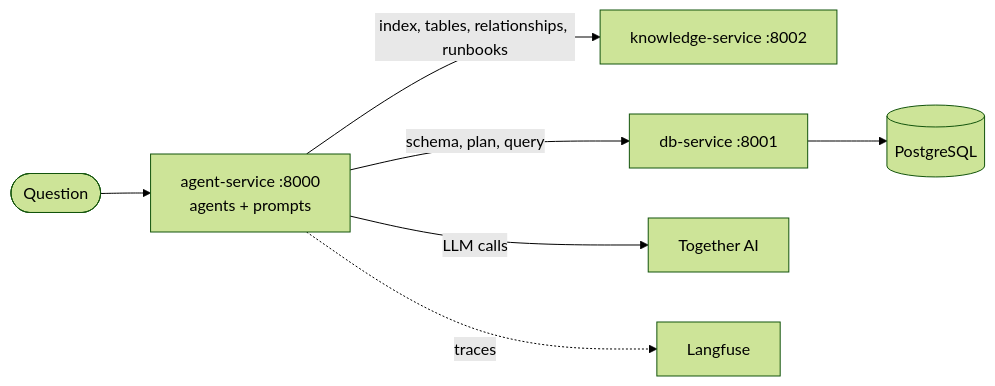
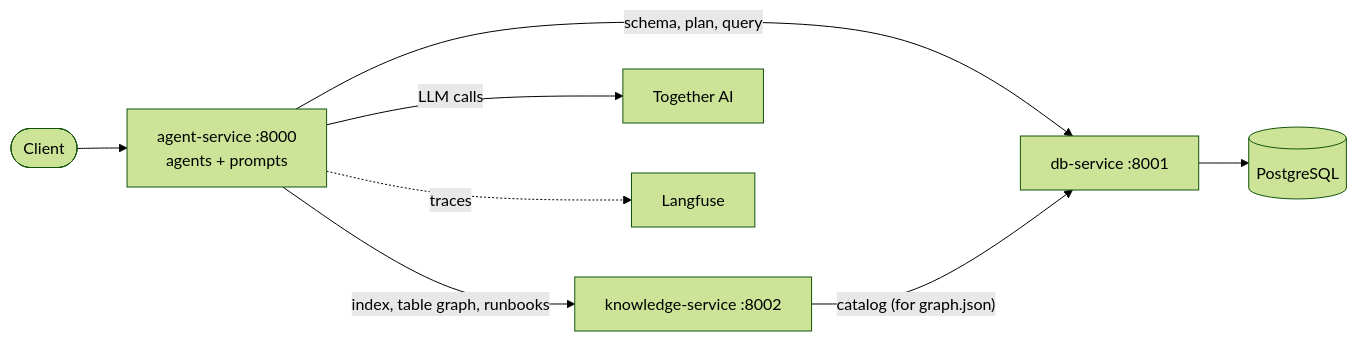
One commit to dhruvesh9/nl2sql-agents changed the first of 2 diagrams in README.md. Above: the diagram before and after it, drawn with Mermaid (forest theme). The commit also changed other lines of this file and 5 other files, not shown here.

````diff
--- a/README.md
+++ b/README.md
@@ -44,9 +42,10 @@
 ```mermaid
 flowchart LR
-    U([Question]) --> A["agent-service :8000<br/>agents + prompts"]
-    A -->|"index, tables, relationships, runbooks"| K["knowledge-service :8002"]
+    U([Client]) --> A["agent-service :8000<br/>agents + prompts"]
+    A -->|"index, table graph, runbooks"| K["knowledge-service :8002"]
     A -->|"schema, plan, query"| D["db-service :8001"]
+    K -->|"catalog (for graph.json)"| D
     D --> P[(PostgreSQL)]
     A -->|LLM calls| T[Together AI]
     A -.->|traces| L[Langfuse]
 ```
````
